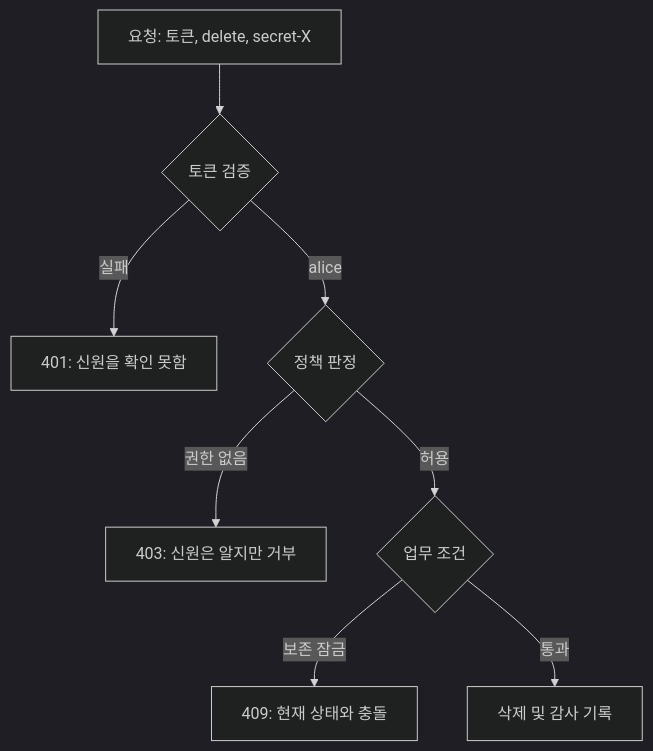
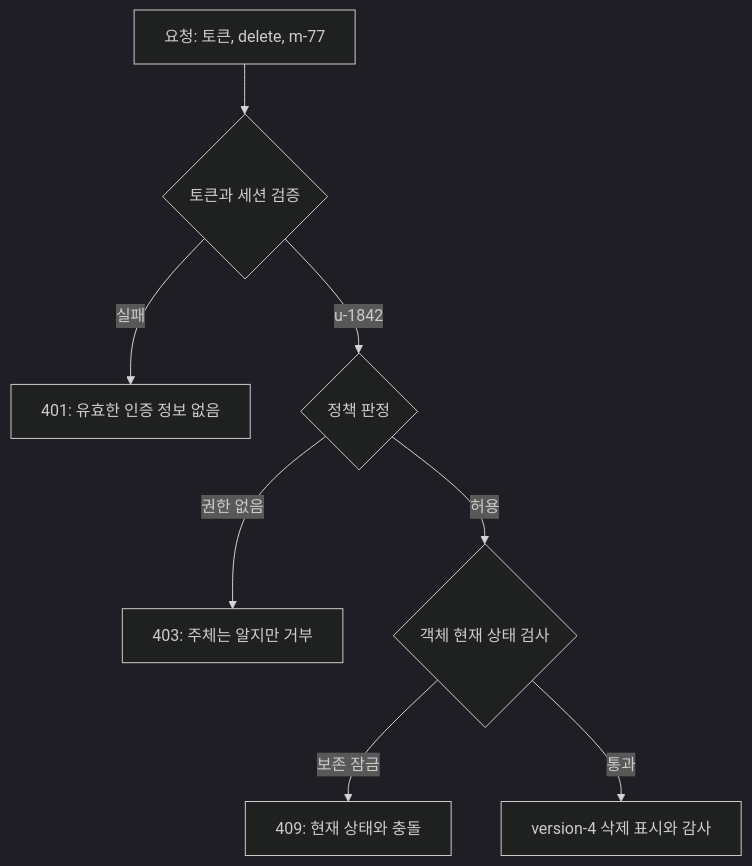
Before and after one commit to mj006648/netai-devsecops-runbook: the diagram in learning/security-cryptography/02-identities-authentication-and-authorization.md, drawn with Mermaid (dark theme). The commit also changed other lines of this file and 165 other files, not shown here.

````diff
--- a/learning/security-cryptography/02-identities-authentication-and-authorization.md
+++ b/learning/security-cryptography/02-identities-authentication-and-authorization.md
@@ -65,10 +111,10 @@
 ```mermaid
 flowchart TD
-    R[요청: 토큰, delete, secret-X] --> A{토큰 검증}
-    A -->|실패| X[401: 신원을 확인 못함]
-    A -->|alice| Z{정책 판정}
-    Z -->|권한 없음| Y[403: 신원은 알지만 거부]
-    Z -->|허용| O{업무 조건}
+    R[요청: 토큰, delete, m-77] --> A{토큰과 세션 검증}
+    A -->|실패| X[401: 유효한 인증 정보 없음]
+    A -->|u-1842| Z{정책 판정}
+    Z -->|권한 없음| Y[403: 주체는 알지만 거부]
+    Z -->|허용| O{객체 현재 상태 검사}
     O -->|보존 잠금| C[409: 현재 상태와 충돌]
-    O -->|통과| D[삭제 및 감사 기록]
+    O -->|통과| D[version-4 삭제 표시와 감사]
 ```
````
